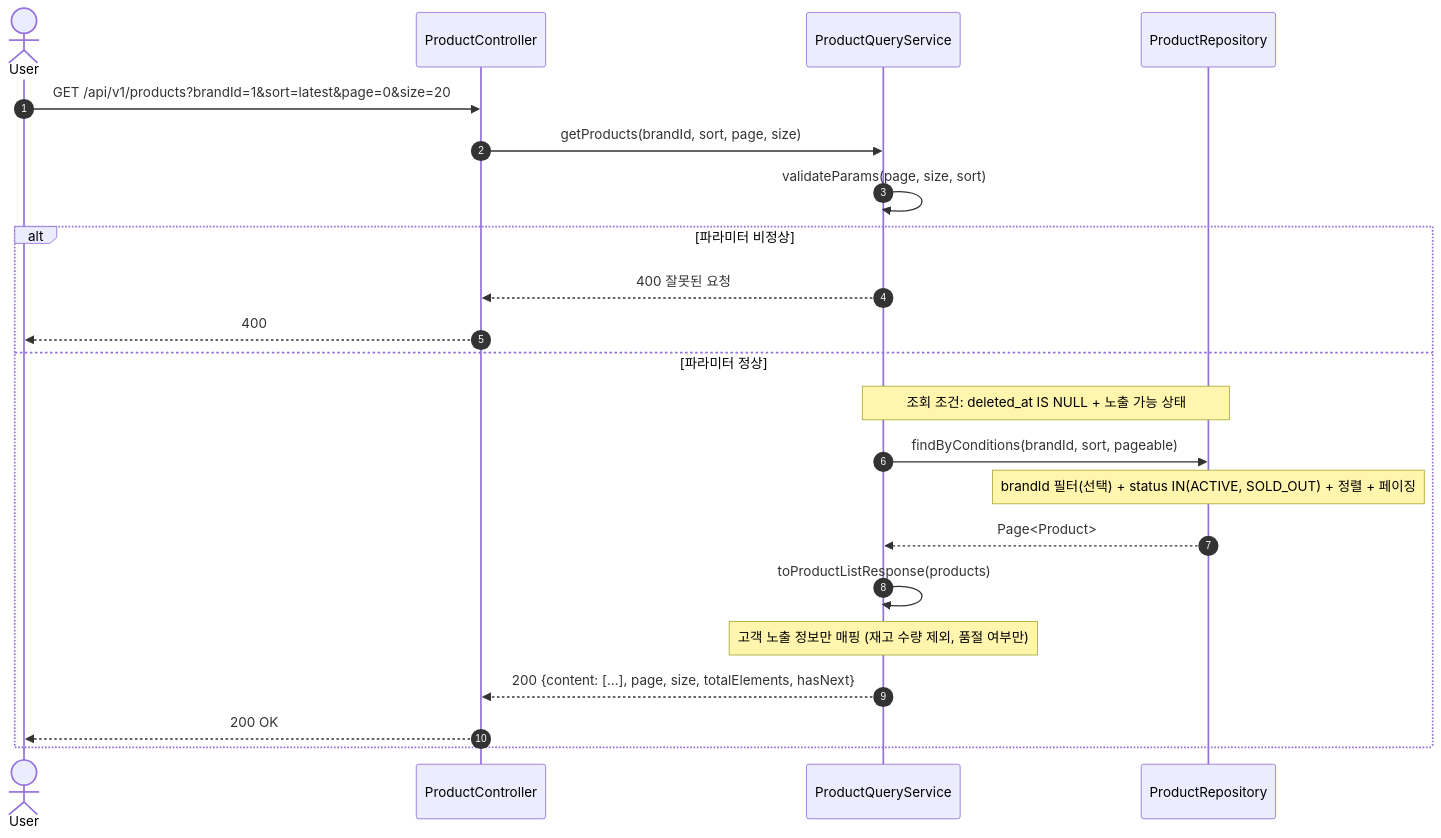
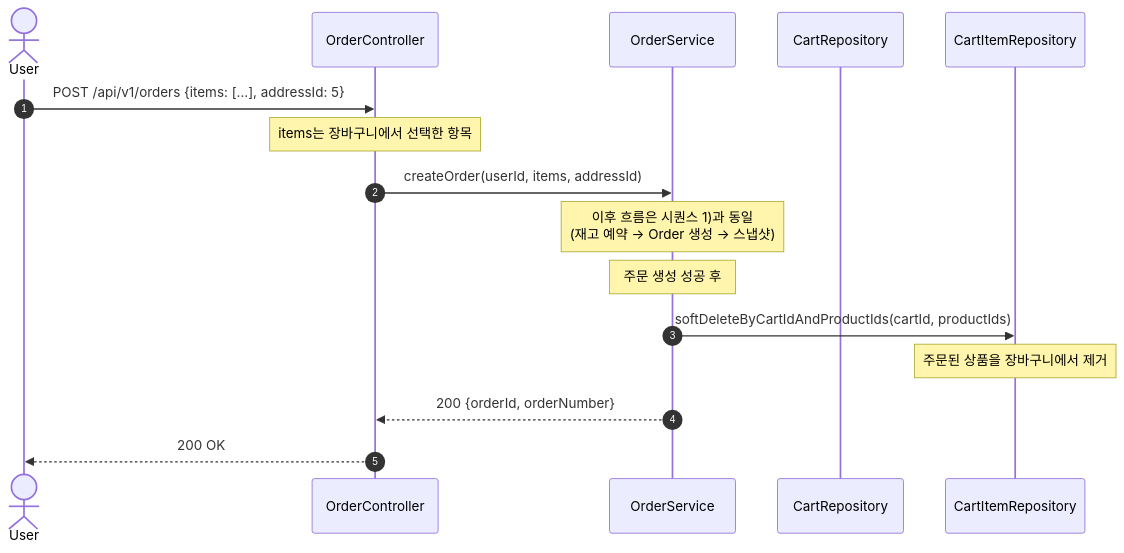
The seventh of 9 diagrams in .docs/design/02-sequence-diagrams.md (Loopers-dev-lab/loop-pack-be-l2-vol3-java), drawn with Mermaid before and after one commit. The commit also changed other lines of this file and 13 other files, not shown here.

Commit message:
docs: 핵심 도메인 설계 문서 작성 (요구사항, 시퀀스, 클래스, ERD)

````diff
--- a/.docs/design/02-sequence-diagrams.md
+++ b/.docs/design/02-sequence-diagrams.md
@@ -292,28 +374,22 @@
 ```mermaid
 sequenceDiagram
   autonumber
   actor User
-  participant Controller as ProductController
-  participant Service as ProductQueryService
-  participant ProductRepo as ProductRepository
+  participant Controller as OrderController
+  participant Service as OrderService
+  participant CartRepo as CartRepository
+  participant CartItemRepo as CartItemRepository
 
-  User->>Controller: GET /api/v1/products?brandId=1&sort=latest&page=0&size=20
-  Controller->>Service: getProducts(brandId, sort, page, size)
+  User->>Controller: POST /api/v1/orders {items: [...], addressId: 5}
+  Note over Controller: items는 장바구니에서 선택한 항목
 
-  Service->>Service: validateParams(page, size, sort)
-  alt 파라미터 비정상
-    Service-->>Controller: 400 잘못된 요청
-    Controller-->>User: 400
-  else 파라미터 정상
-    Note over Service,ProductRepo: 조회 조건: deleted_at IS NULL + 노출 가능 상태
-    Service->>ProductRepo: findByConditions(brandId, sort, pageable)
-    Note over ProductRepo: brandId 필터(선택) + status IN(ACTIVE, SOLD_OUT) + 정렬 + 페이징
-    ProductRepo-->>Service: Page<Product>
+  Controller->>Service: createOrder(userId, items, addressId)
+  Note over Service: 이후 흐름은 시퀀스 1)과 동일<br>(재고 예약 → Order 생성 → 스냅샷)
 
-    Service->>Service: toProductListResponse(products)
-    Note over Service: 고객 노출 정보만 매핑 (재고 수량 제외, 품절 여부만)
+  Note over Service: 주문 생성 성공 후
+  Service->>CartItemRepo: softDeleteByCartIdAndProductIds(cartId, productIds)
+  Note over CartItemRepo: 주문된 상품을 장바구니에서 제거
 
-    Service-->>Controller: 200 {content: [...], page, size, totalElements, hasNext}
-    Controller-->>User: 200 OK
-  end
+  Service-->>Controller: 200 {orderId, orderNumber}
+  Controller-->>User: 200 OK
 ```
````
